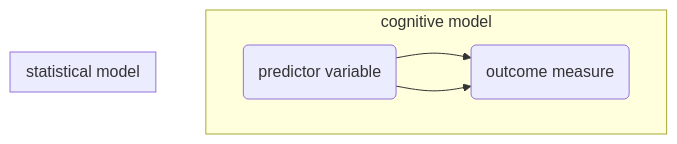
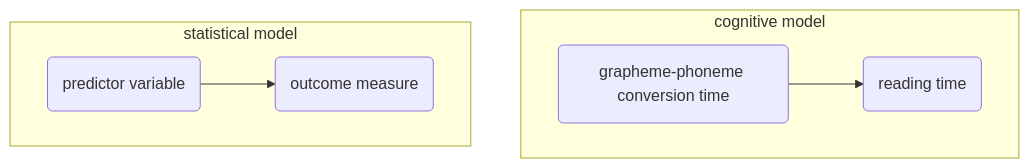
Before and after one commit to ethanweed/ExPsyLing: the seventh of 7 diagrams in 2022/Slides/Lecture-04.md, drawn with Mermaid. The commit also changed 1 other file, not shown here.

Commit message:
auto-updated with build.sh

````diff
--- a/2022/Slides/Lecture-04.md
+++ b/2022/Slides/Lecture-04.md
@@ -372,12 +372,12 @@
 ```{.mermaid format=svg theme=forest width=400} 
 graph TB
 
-subgraph cognitive model
+subgraph  cognitive model
 A(grapheme-phoneme conversion time)-->B(reading time)
 end
 
 subgraph statistical model
-A(predictor variable)-->B(outcome measure)
+C(predictor variable)-->E(outcome measure)
 end
 
 ```
````
